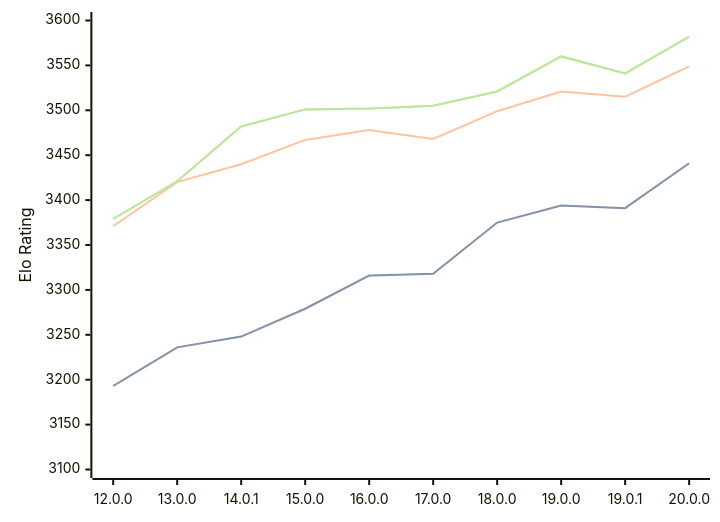
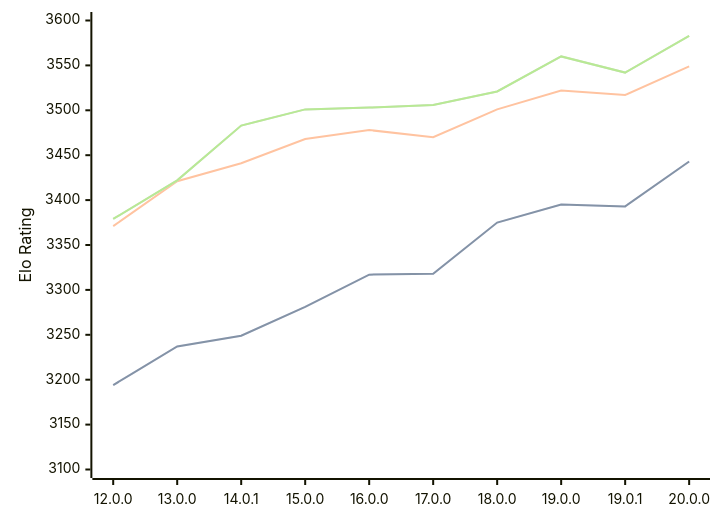
One commit to computer-chess-index/cci changed the diagram in engines/Viridithas.md. Above: the diagram before and after it, drawn with Mermaid. The commit also changed other lines of this file, not shown here.

Commit message:
Update CCI Ratings (ELO VLTC) - 2026-07-23

````diff
--- a/engines/Viridithas.md
+++ b/engines/Viridithas.md
@@ -64,11 +64,11 @@
 ```mermaid
 %%{init: {"theme":"base","themeVariables":{"seriesColors:['#a3a3a3','#222221','#faa371']}}}%%
 xychart-beta
   x-axis ["12.0.0", "13.0.0", "14.0.1", "15.0.0", "16.0.0", "17.0.0", "18.0.0", "19.0.0", "19.0.1", "20.0.0"]
   y-axis "Elo Rating" 3100 --> 3600
-  line "STC (8.0+0.08s)" [3193, 3236, 3248, 3279, 3316, 3318, 3375, 3394, 3391, 3441]
-  line "STC (8.0+0.08s)" [3193, 3236, 3248, 3279, 3316, 3318, 3375, 3394, 3391, 3441]
-  line "LTC (60.0+0.60s)" [3371, 3420, 3440, 3467, 3478, 3468, 3499, 3521, 3515, 3549]
-  line "VLTC (2m24s+1.12s)" [3379, 3421, 3482, 3501, 3502, 3505, 3521, 3560, 3541, 3582]
-  line "VLTC (2m24s+1.12s)" [3379, 3421, 3482, 3501, 3502, 3505, 3521, 3560, 3541, 3582]
+  line "STC (8.0+0.08s)" [3194, 3237, 3249, 3281, 3317, 3318, 3375, 3395, 3393, 3443]
+  line "STC (8.0+0.08s)" [3194, 3237, 3249, 3281, 3317, 3318, 3375, 3395, 3393, 3443]
+  line "LTC (60.0+0.60s)" [3371, 3421, 3441, 3468, 3478, 3470, 3501, 3522, 3517, 3549]
+  line "VLTC (2m24s+1.12s)" [3379, 3422, 3483, 3501, 3503, 3506, 3521, 3560, 3542, 3583]
+  line "VLTC (2m24s+1.12s)" [3379, 3422, 3483, 3501, 3503, 3506, 3521, 3560, 3542, 3583]
 ```
````
